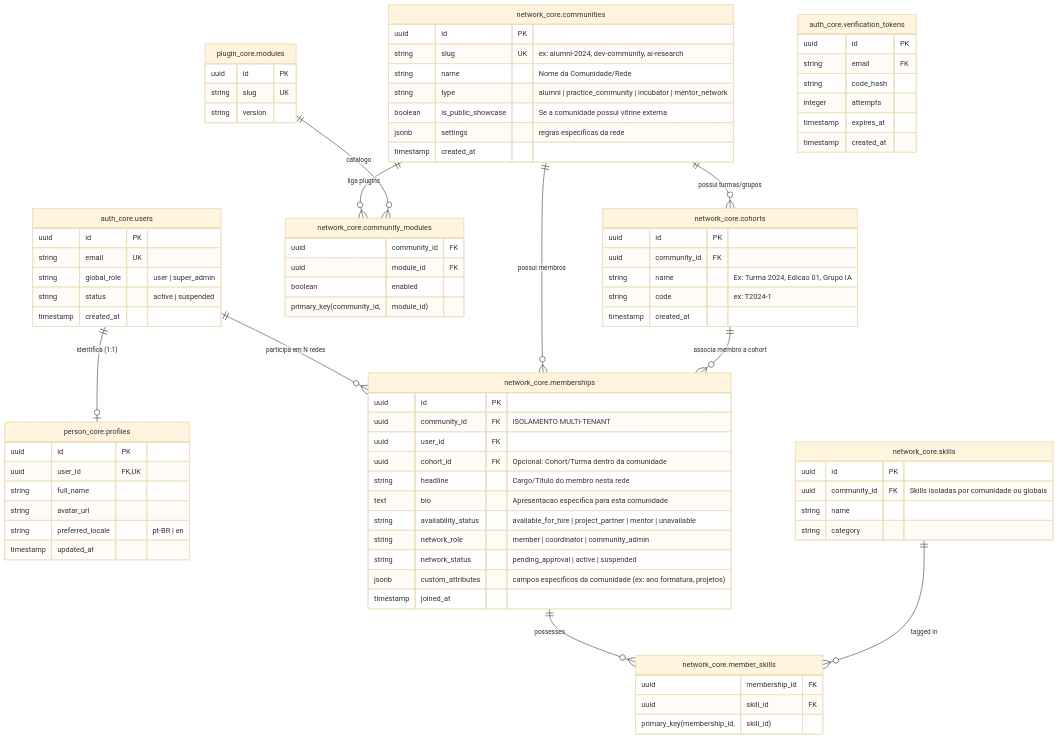
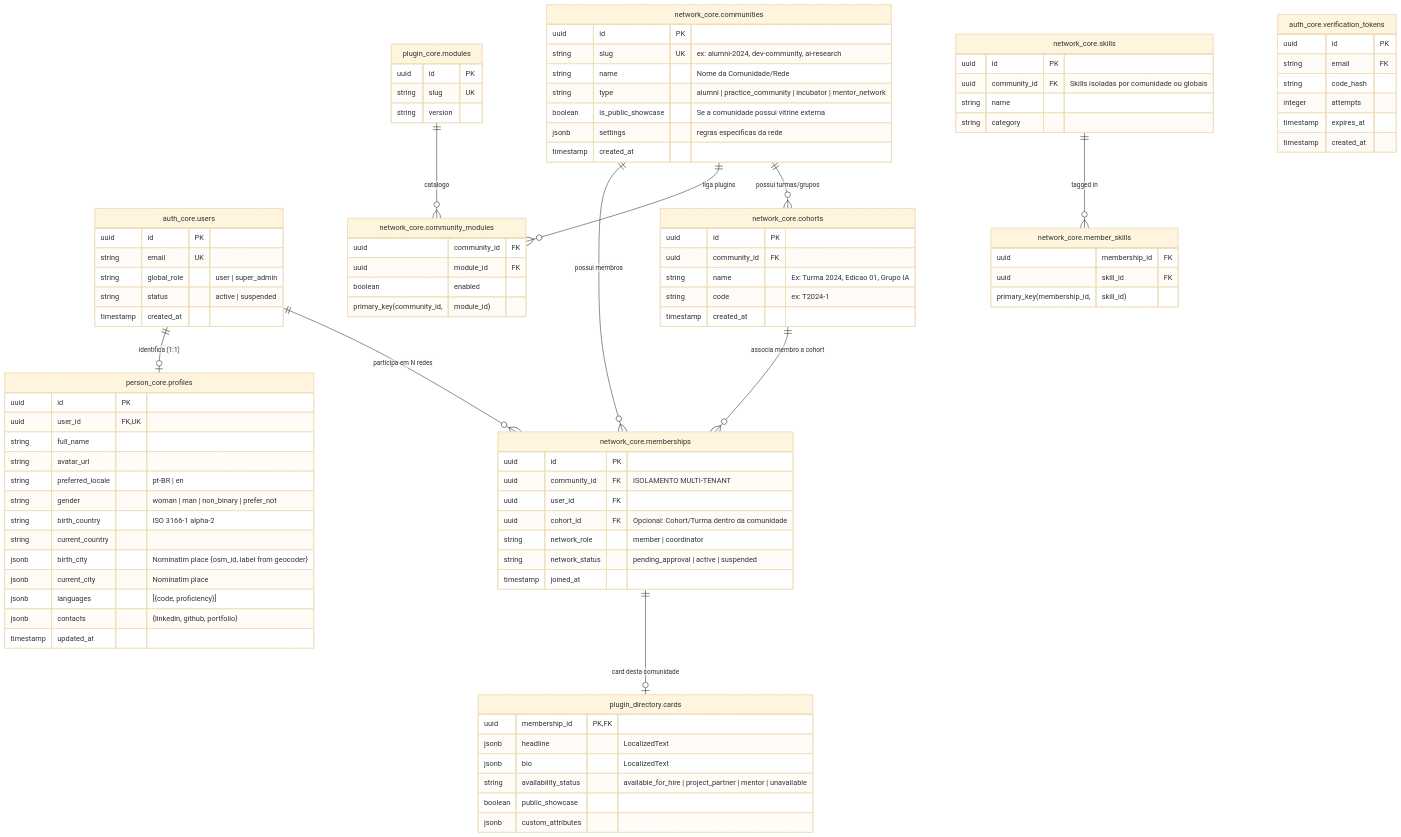
Before and after one commit to colabcolibri/comuna: the diagram in docs/06_database.md, drawn with Mermaid (base theme). The commit also changed other lines of this file and 103 other files, not shown here.

```diff
--- a/docs/06_database.md
+++ b/docs/06_database.md
@@ -33,7 +33,7 @@
     "plugin_core.modules" ||--O{ "network_core.community_modules" : "catalogo"
     "network_core.communities" ||--O{ "network_core.cohorts" : "possui turmas/grupos"
     "network_core.cohorts" ||--O{ "network_core.memberships" : "associa membro a cohort"
-    "network_core.memberships" ||--O{ "network_core.member_skills" : "possesses"
+    "network_core.memberships" ||--o| "plugin_directory.cards" : "card desta comunidade"
     "network_core.skills" ||--O{ "network_core.member_skills" : "tagged in"
 
     "auth_core.users" {
@@ -50,6 +50,13 @@
         string full_name
         string avatar_url
         string preferred_locale "pt-BR | en"
+        string gender "woman | man | non_binary | prefer_not"
+        string birth_country "ISO 3166-1 alpha-2"
+        string current_country
+        jsonb birth_city "Nominatim place {osm_id, label from geocoder}"
+        jsonb current_city "Nominatim place"
+        jsonb languages "[{code, proficiency}]"
+        jsonb contacts "{linkedin, github, portfolio}"
         timestamp updated_at
     }
 
@@ -89,13 +96,18 @@
         uuid community_id FK "ISOLAMENTO MULTI-TENANT"
         uuid user_id FK
         uuid cohort_id FK "Opcional: Cohort/Turma dentro da comunidade"
-        string headline "Cargo/Titulo do membro nesta rede"
-        text bio "Apresentacao especifica para esta comunidade"
+        string network_role "member | coordinator"
+        string network_status "pending_approval | active | suspended"
+        timestamp joined_at
+    }
+
+    "plugin_directory.cards" {
+        uuid membership_id PK, FK
+        jsonb headline "LocalizedText"
+        jsonb bio "LocalizedText"
         string availability_status "available_for_hire | project_partner | mentor | unavailable"
-        string network_role "member | coordinator | community_admin"
-        string network_status "pending_approval | active | suspended"
-        jsonb custom_attributes "campos especificos da comunidade (ex: ano formatura, projetos)"
-        timestamp joined_at
+        boolean public_showcase
+        jsonb custom_attributes
     }
 
     "network_core.skills" {
```
